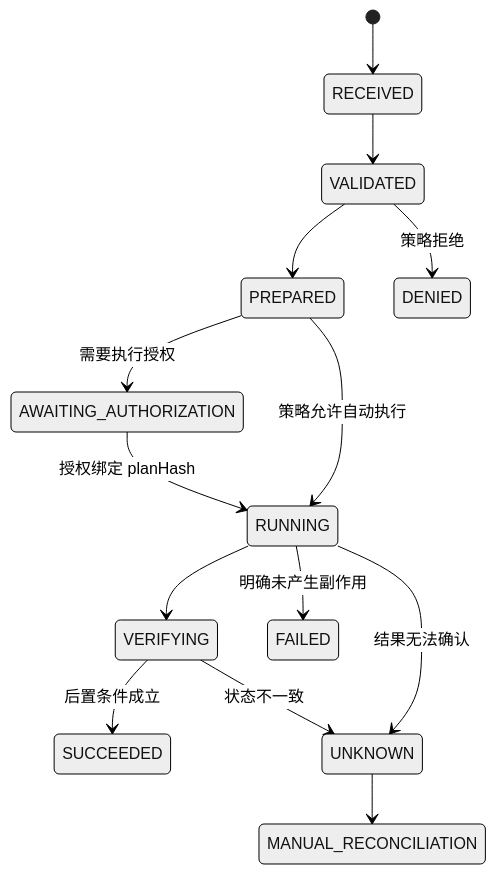
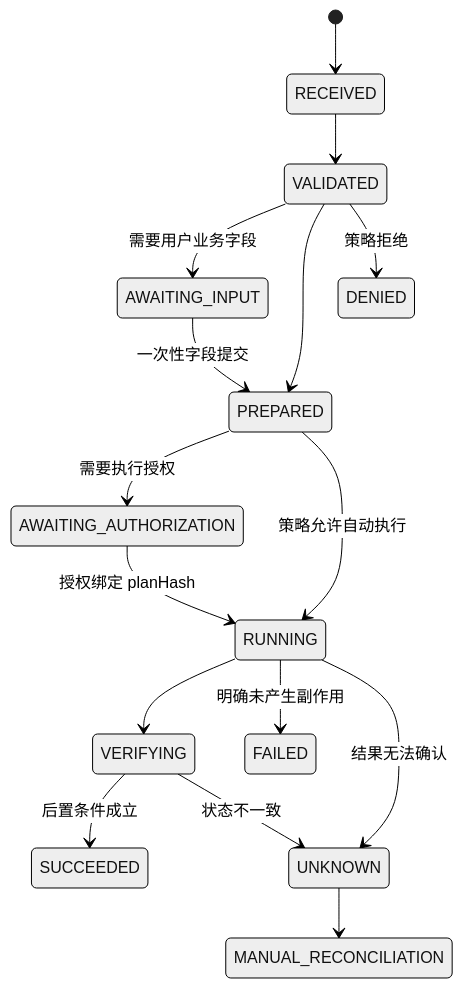
The second of 2 diagrams in agent-oriented-legacy-bs-adaptation-design.md (guomxin/cli-helper), drawn with Mermaid (neutral theme) before and after one commit. The commit also changed other lines of this file and 20 other files, not shown here.

````diff
--- a/agent-oriented-legacy-bs-adaptation-design.md
+++ b/agent-oriented-legacy-bs-adaptation-design.md
@@ -715,16 +731,18 @@
 ```mermaid
 stateDiagram-v2
     [*] --> RECEIVED
     RECEIVED --> VALIDATED
+    VALIDATED --> AWAITING_INPUT: 需要用户业务字段
+    AWAITING_INPUT --> PREPARED: 一次性字段提交
     VALIDATED --> PREPARED
     PREPARED --> AWAITING_AUTHORIZATION: 需要执行授权
     PREPARED --> RUNNING: 策略允许自动执行
     AWAITING_AUTHORIZATION --> RUNNING: 授权绑定 planHash
     RUNNING --> VERIFYING
     VERIFYING --> SUCCEEDED: 后置条件成立
     VALIDATED --> DENIED: 策略拒绝
     RUNNING --> FAILED: 明确未产生副作用
     RUNNING --> UNKNOWN: 结果无法确认
     VERIFYING --> UNKNOWN: 状态不一致
     UNKNOWN --> MANUAL_RECONCILIATION
 ```
````
